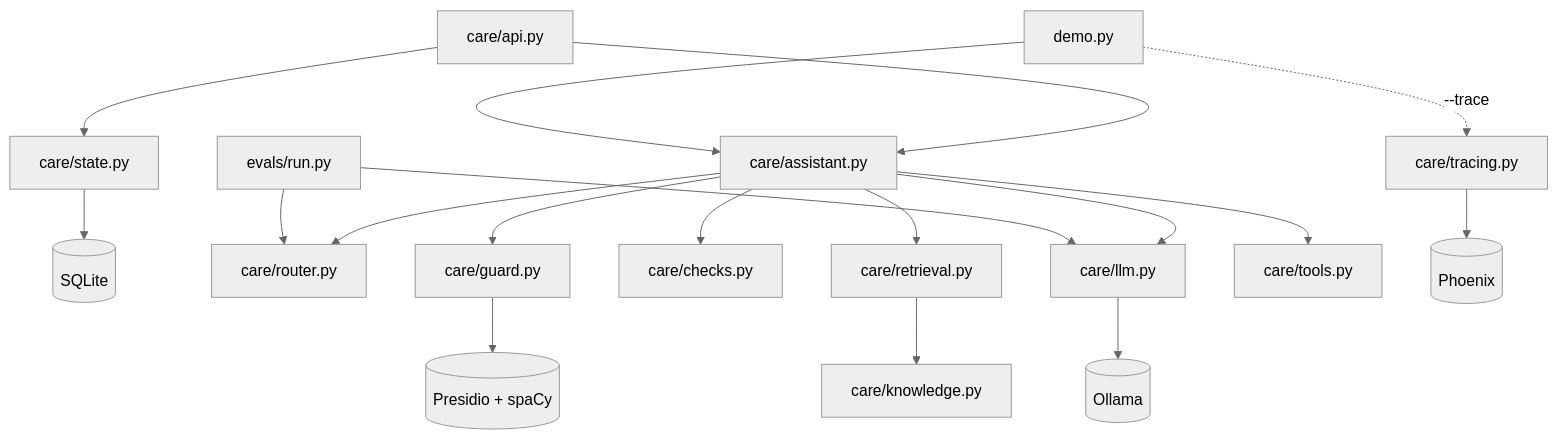
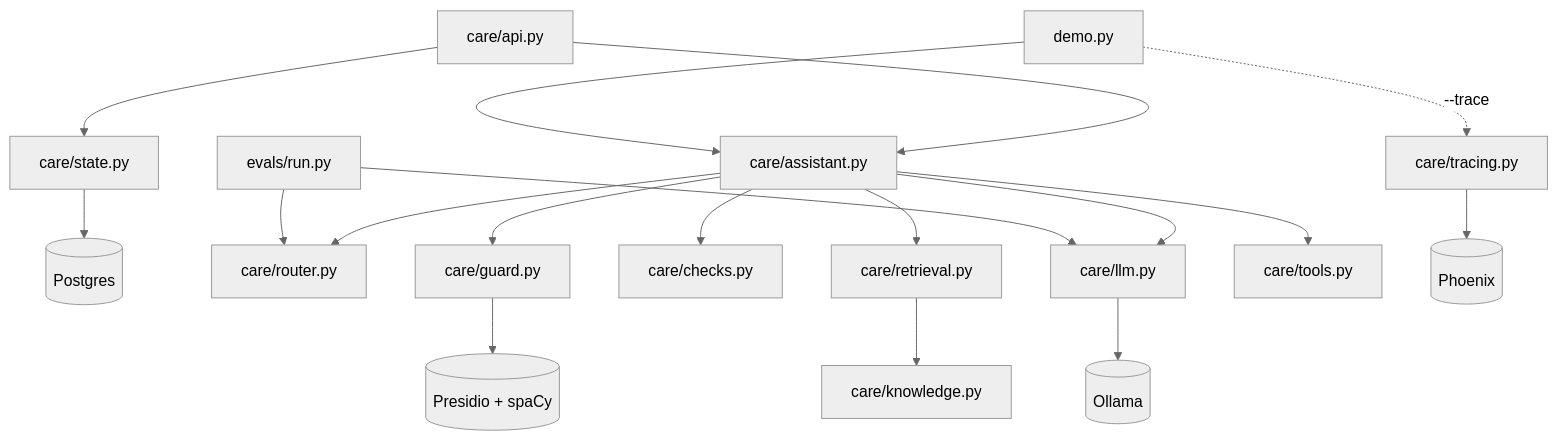
Before and after one commit to Zawala/whatsapp-agent-eco: the diagram in docs/components.md, drawn with Mermaid (neutral theme). The commit also changed other lines of this file and 13 other files, not shown here.

````diff
--- a/docs/components.md
+++ b/docs/components.md
@@ -12,22 +12,22 @@
 ```mermaid
 flowchart TD
     demo["demo.py"] --> assistant
     demo -. "--trace" .-> tracing
     api["care/api.py"] --> assistant
     api --> state["care/state.py"]
-    state --> sqlite[("SQLite")]
+    state --> pg[("Postgres")]
     evals["evals/run.py"] --> router
     evals --> llm
 
     assistant["care/assistant.py"] --> router["care/router.py"]
     assistant --> checks["care/checks.py"]
     assistant --> guard["care/guard.py"]
     assistant --> retrieval["care/retrieval.py"]
     assistant --> tools["care/tools.py"]
     assistant --> llm["care/llm.py"]
     retrieval --> knowledge["care/knowledge.py"]
 
     llm --> ollama[("Ollama")]
     guard --> presidio[("Presidio + spaCy")]
     tracing["care/tracing.py"] --> phoenix[("Phoenix")]
 ```
````
